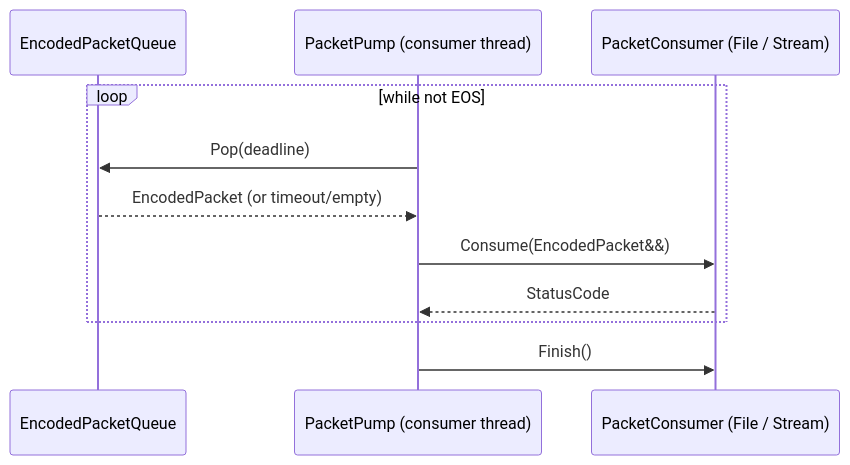
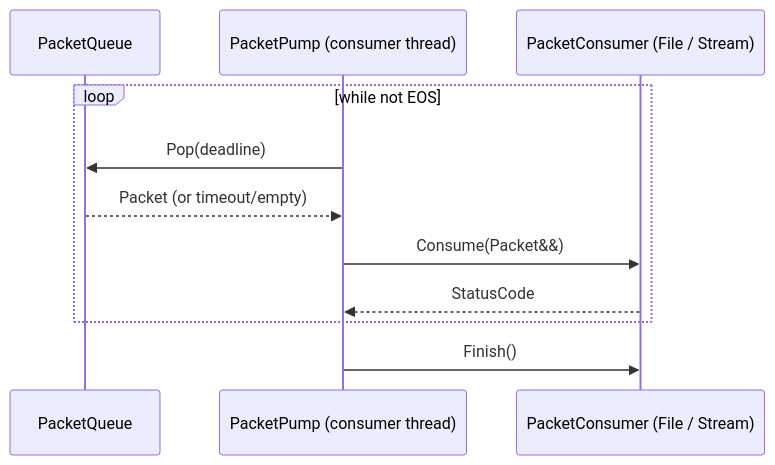
One commit to oxsource/video_codec changed the second of 2 diagrams in codec/doc/architecture/output-queue.md. Above: the diagram before and after it, drawn with Mermaid. The commit also changed other lines of this file and 55 other files, not shown here.

First line of the commit message:
refactor(core): unify Packet type (drop Encoded prefix, merge AudioPacket)

````diff
--- a/codec/doc/architecture/output-queue.md
+++ b/codec/doc/architecture/output-queue.md
@@ -55,13 +58,13 @@
 ```mermaid
 sequenceDiagram
-    participant Q as EncodedPacketQueue
+    participant Q as PacketQueue
     participant P as PacketPump (consumer thread)
     participant C as PacketConsumer (File / Stream)
     loop while not EOS
         P->>Q: Pop(deadline)
-        Q-->>P: EncodedPacket (or timeout/empty)
-        P->>C: Consume(EncodedPacket&&)
+        Q-->>P: Packet (or timeout/empty)
+        P->>C: Consume(Packet&&)
         C-->>P: StatusCode
     end
     P->>C: Finish()
 ```
````
